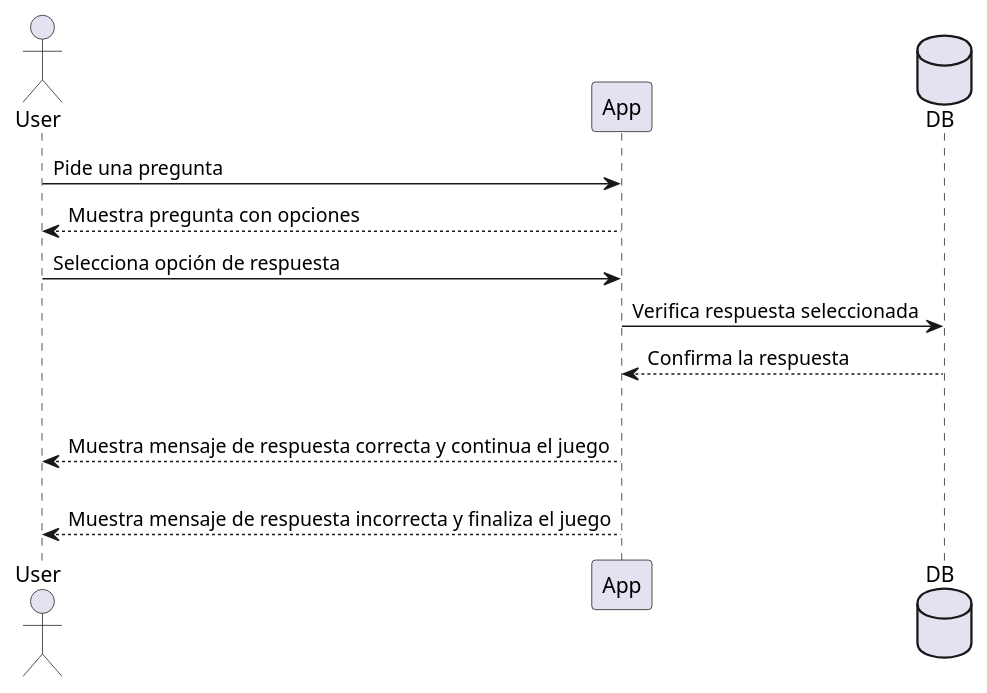
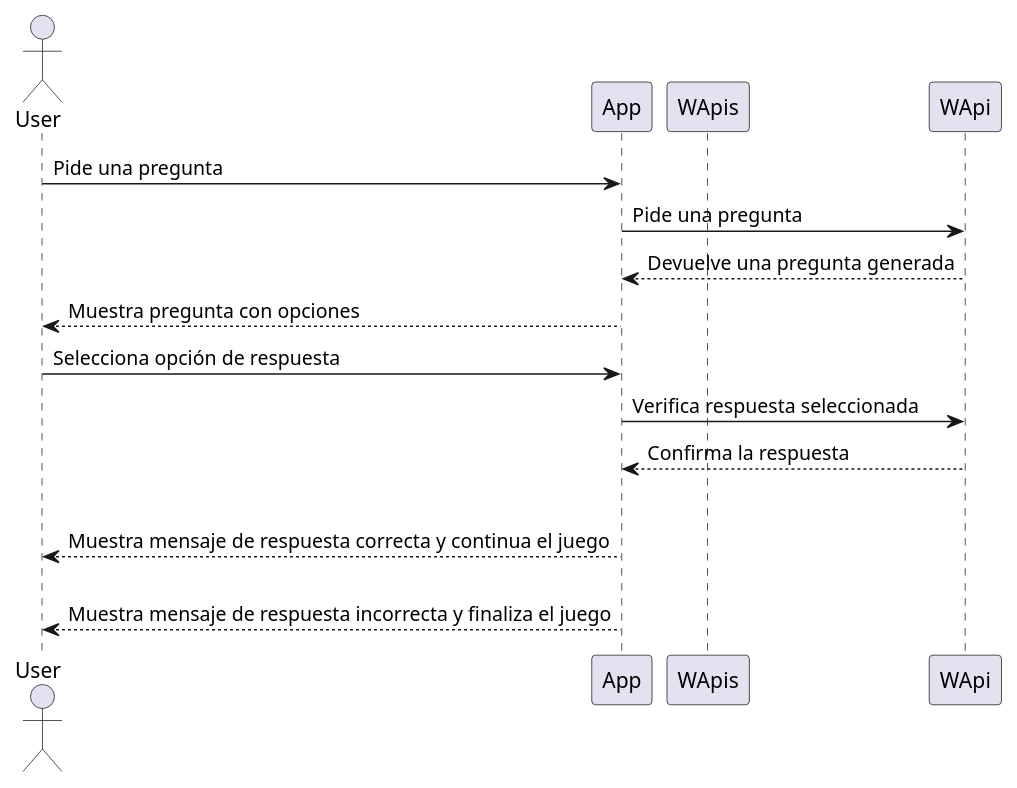
Before and after one commit to Arquisoft/wiq_es6b: the third of 5 diagrams in docs/src/06_runtime_view.adoc, drawn with PlantUML.

Commit message:
Actualización sección 6 en la vista de respuesta a pregunta

```diff
--- a/docs/src/06_runtime_view.adoc
+++ b/docs/src/06_runtime_view.adoc
@@ -46,16 +46,18 @@
 [plantuml,"Sequence diagram",png]
 ----
 actor User
 participant App
-database DB
+participant WApis
 
 User -> App: Pide una pregunta
+App -> WApi: Pide una pregunta
+App <-- WApi: Devuelve una pregunta generada
 User <-- App: Muestra pregunta con opciones
 User -> App: Selecciona opción de respuesta
-App -> DB: Verifica respuesta seleccionada
-App <-- DB: Confirma la respuesta
+App -> WApi: Verifica respuesta seleccionada
+App <-- WApi: Confirma la respuesta
 alt respuesta correcta
     User <-- App: Muestra mensaje de respuesta correcta y continua el juego
 else respuesta incorrecta
     User <-- App: Muestra mensaje de respuesta incorrecta y finaliza el juego
 ----
```
